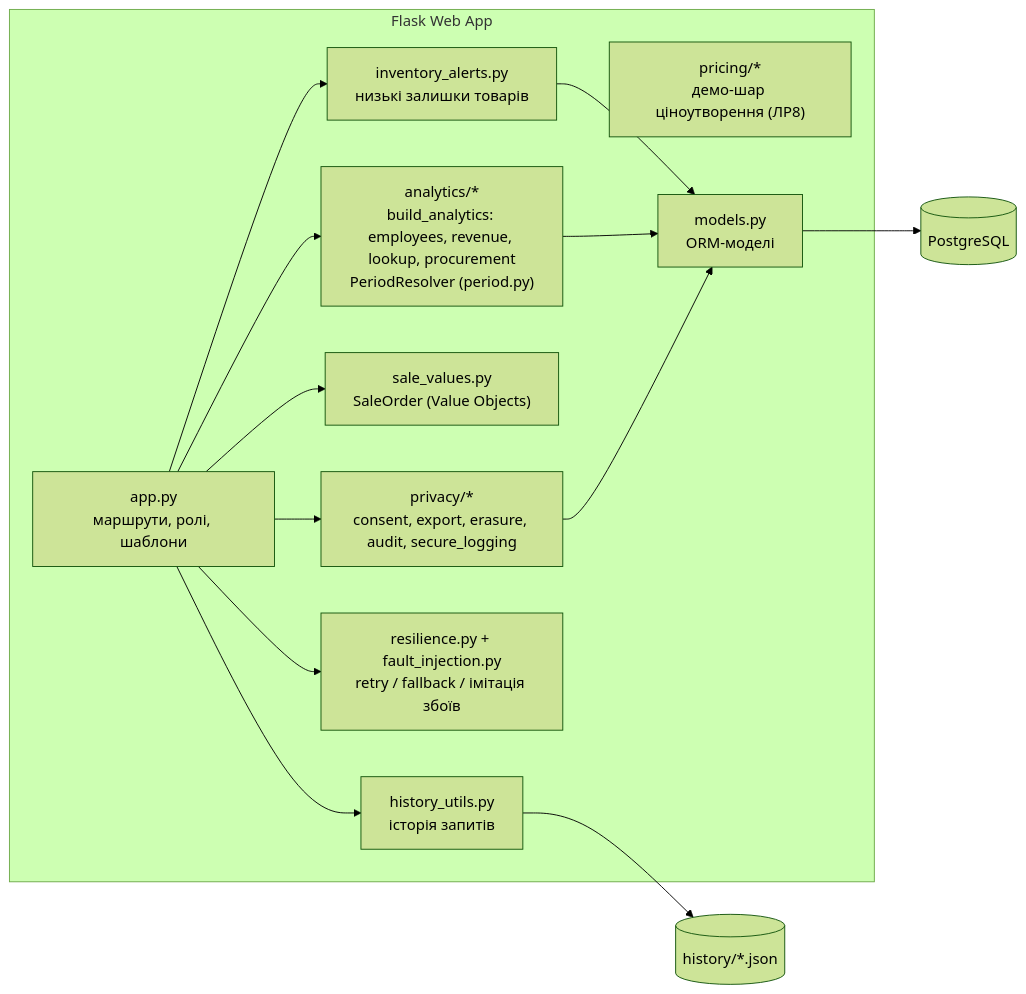
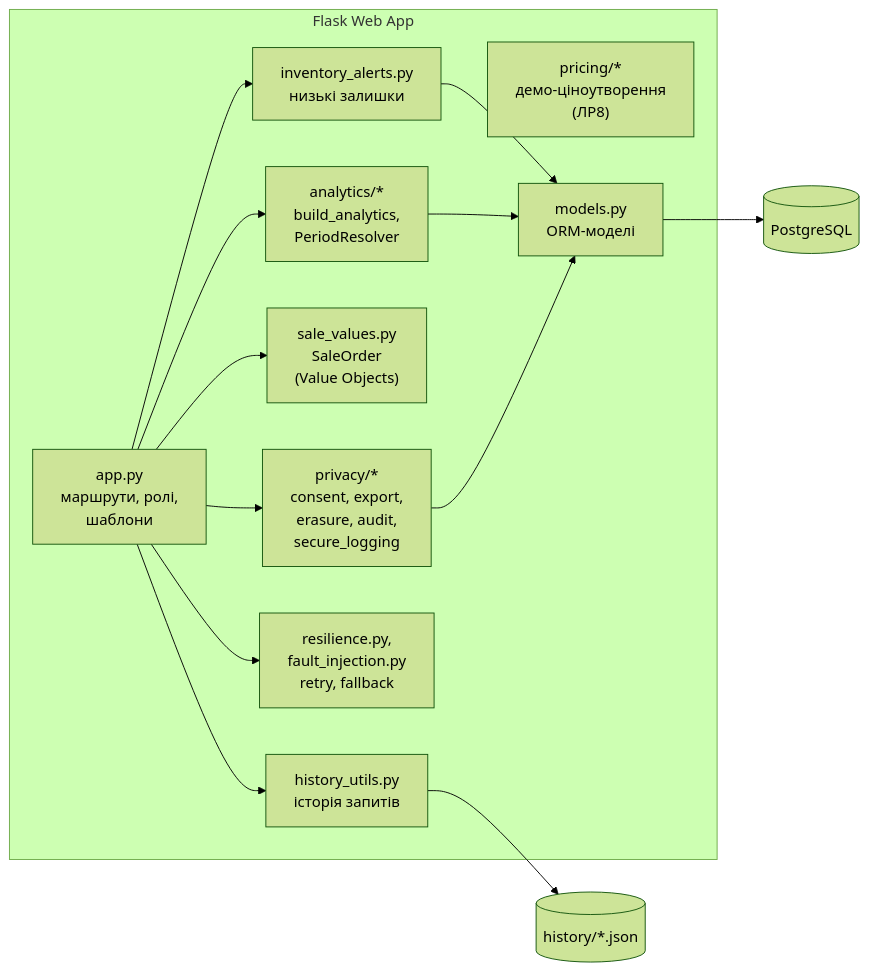
One commit to mariia-hutsuliak-labs/CURSOVA2 changed the second of 3 diagrams in docs/sdd.md. Above: the diagram before and after it, drawn with Mermaid (forest theme). The commit also changed other lines of this file, not shown here.

First line of the commit message:
docs(architecture): redraw SDD diagrams for readable layout

````diff
--- a/docs/sdd.md
+++ b/docs/sdd.md
@@ -39,25 +40,25 @@
 ```mermaid
 flowchart LR
     subgraph Web["Flask Web App"]
-        A["app.py<br/>маршрути, ролі, шаблони"]
-        I["inventory_alerts.py<br/>низькі залишки товарів"]
-        Q["analytics/*<br/>build_analytics: employees, revenue, lookup, procurement<br/>PeriodResolver (period.py)"]
-        PR["pricing/*<br/>демо-шар ціноутворення (ЛР8)"]
-        S["sale_values.py<br/>SaleOrder (Value Objects)"]
+        A["app.py<br/>маршрути, ролі,<br/>шаблони"]
+        I["inventory_alerts.py<br/>низькі залишки"]
+        Q["analytics/*<br/>build_analytics,<br/>PeriodResolver"]
+        PR["pricing/*<br/>демо-ціноутворення<br/>(ЛР8)"]
+        S["sale_values.py<br/>SaleOrder<br/>(Value Objects)"]
         H["history_utils.py<br/>історія запитів"]
-        R["resilience.py + fault_injection.py<br/>retry / fallback / імітація збоїв"]
-        P["privacy/*<br/>consent, export, erasure, audit, secure_logging"]
+        R["resilience.py,<br/>fault_injection.py<br/>retry, fallback"]
+        P["privacy/*<br/>consent, export,<br/>erasure, audit,<br/>secure_logging"]
         M["models.py<br/>ORM-моделі"]
     end
     A --> Q
     A --> I
     I --> M
     A --> S
     A --> H
     A --> R
     A --> P
     Q --> M
     P --> M
     M --> DB[(PostgreSQL)]
     H --> F[(history/*.json)]
 ```
````
